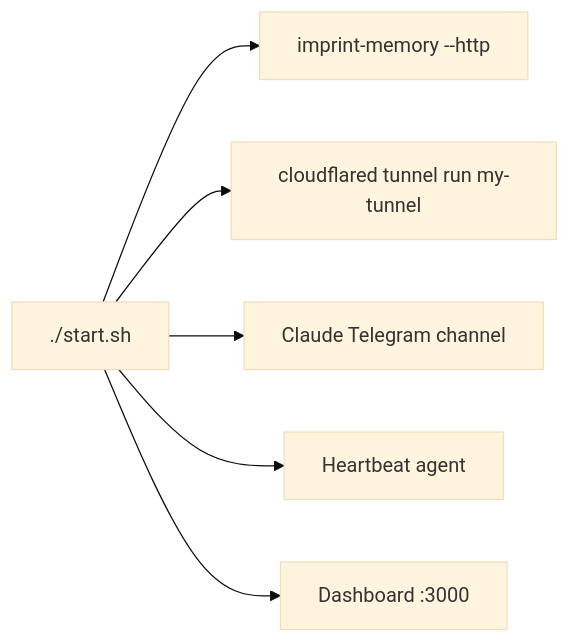
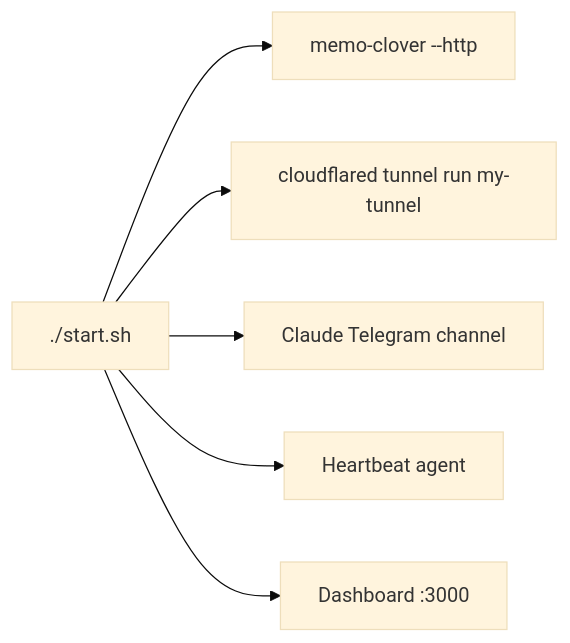
Before and after one commit to yanyan1115/claude-imprint: the tenth of 10 diagrams in docs/architecture.md, drawn with Mermaid (base theme). The commit also changed other lines of this file and 37 other files, not shown here.

Commit message:
feat: 🍀 migrate memory core to MemoClover ecosystem

````diff
--- a/docs/architecture.md
+++ b/docs/architecture.md
@@ -561,8 +561,8 @@
 ```mermaid
 flowchart LR
-    START["./start.sh"] --> MEM["imprint-memory --http"]
+    START["./start.sh"] --> MEM["memo-clover --http"]
     START --> TUN["cloudflared tunnel run my-tunnel"]
     START --> TG["Claude Telegram channel"]
     START --> HEART["Heartbeat agent"]
     START --> DASH["Dashboard :3000"]
 ```
````
